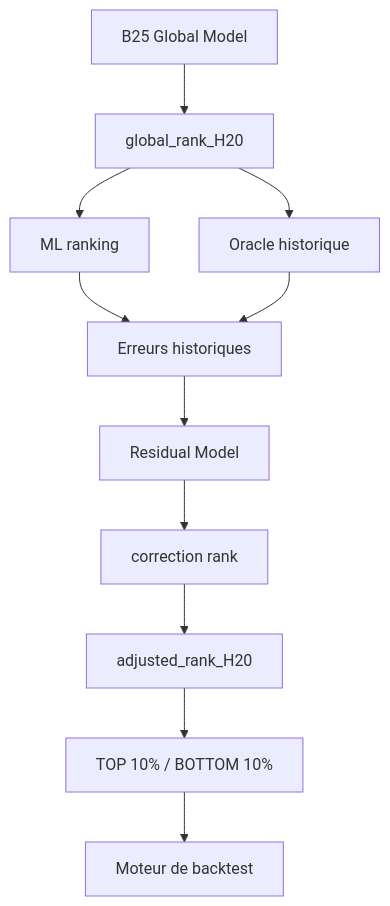
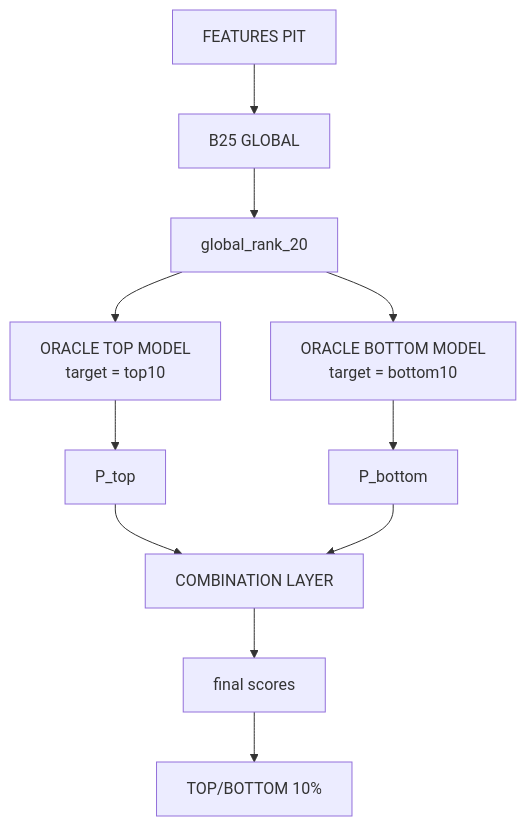
Before and after one commit to mli2000fr/alpha_trade: the second of 3 diagrams in doc/ml_oracle.md, drawn with Mermaid. The commit also changed other lines of this file and 1 other file, not shown here.

````diff
--- a/doc/ml_oracle.md
+++ b/doc/ml_oracle.md
@@ -145,12 +347,11 @@
 ```mermaid
 flowchart TB
-    A[B25 Global Model] --> B[global_rank_H20]
-    B --> C[ML ranking]
-    B --> D[Oracle historique]
-    C --> E[Erreurs historiques]
-    D --> E
-    E --> F[Residual Model] --> G[correction rank]
-    G --> H[adjusted_rank_H20]
-    H --> I[TOP 10% / BOTTOM 10%]
-    I --> J[Moteur de backtest]
+    A[FEATURES PIT] --> B[B25 GLOBAL] --> C[global_rank_20]
+    C --> D1[ORACLE TOP MODEL<br/>target = top10]
+    C --> D2[ORACLE BOTTOM MODEL<br/>target = bottom10]
+    D1 --> E1[P_top]
+    D2 --> E2[P_bottom]
+    E1 --> F[COMBINATION LAYER]
+    E2 --> F
+    F --> G[final scores] --> H[TOP/BOTTOM 10%]
 ```
````
